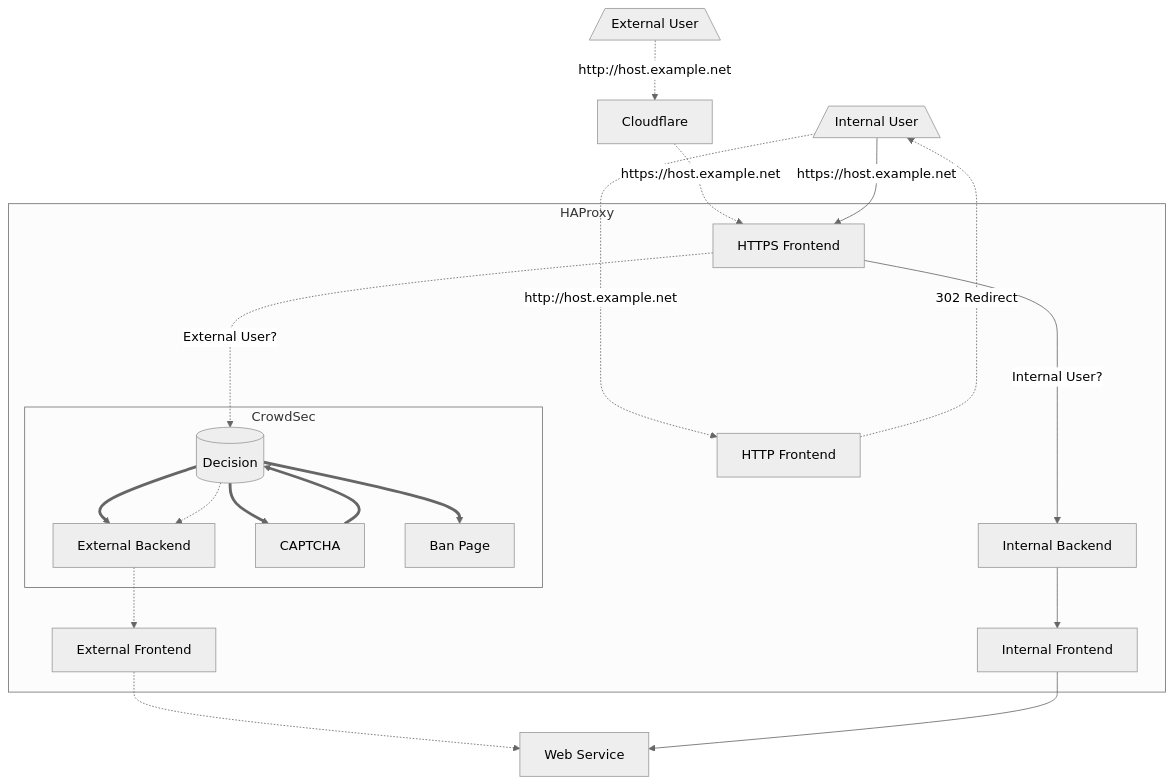
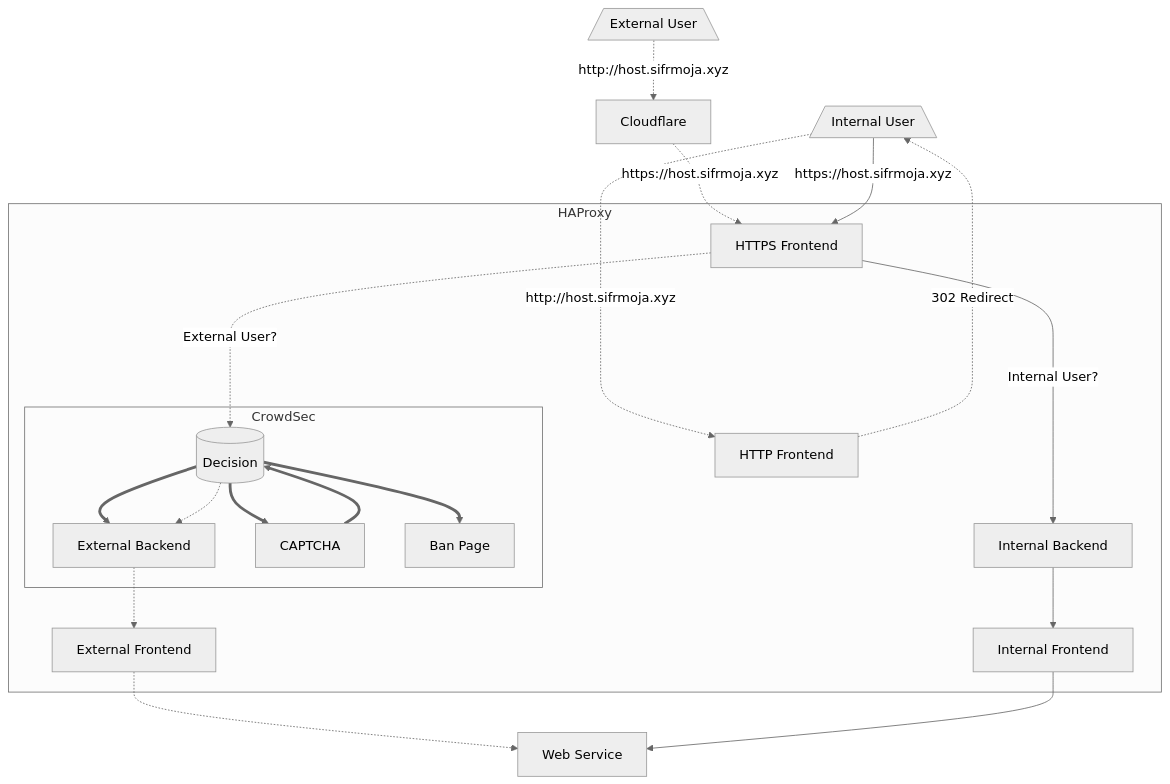
One commit to ciphermenial/ciphermenial.github.io changed the diagram in _posts/2022-07-19-my-haproxy-config.md. Above: the diagram before and after it, drawn with Mermaid (neutral theme).

````diff
--- a/_posts/2022-07-19-my-haproxy-config.md
+++ b/_posts/2022-07-19-my-haproxy-config.md
@@ -28,42 +28,42 @@
 ```mermaid
 graph TD
   ExtUsr[/External User\]
   IntUsr[/Internal User\]
   Cloudflare
   HTTP[HTTP Frontend]
   HTTPS[HTTPS Frontend]
   IntBackend[Internal Backend]
   IntFrontend[Internal Frontend]
   ExtBackend[External Backend]
   ExtFrontend[External Frontend]
   CS_Decision[(Decision)]
   CS_CAPTCHA[CAPTCHA]
   CS_Ban[Ban Page]
   Server[Web Service]
 
-  ExtUsr -."http://host.example.net".-> Cloudflare
-  Cloudflare -."https://host.example.net".-> HTTPS
-  IntUsr --"https://host.example.net"--> HTTPS
-  IntUsr -."http://host.example.net".-> HTTP
+  ExtUsr -."http://host.sifrmoja.xyz".-> Cloudflare
+  Cloudflare -."https://host.sifrmoja.xyz".-> HTTPS
+  IntUsr --"https://host.sifrmoja.xyz"--> HTTPS
+  IntUsr -."http://host.sifrmoja.xyz".-> HTTP
   HTTP -."302 Redirect"...-> IntUsr
 
   subgraph HAProxy
     HTTP
     HTTPS --"Internal User?"--> IntBackend
     ExtBackend -.-> ExtFrontend
     IntBackend --> IntFrontend
     HTTPS -."External User?"..-> CS_Decision
 
     subgraph CrowdSec
       CS_Decision ==> CS_CAPTCHA
       CS_Decision ==> CS_Ban
       CS_CAPTCHA ==> CS_Decision
       CS_Decision ==> ExtBackend
 
     end
   end
 
  CS_Decision -.-> ExtBackend
  ExtFrontend -.-> Server
  IntFrontend --> Server
 ```
````
